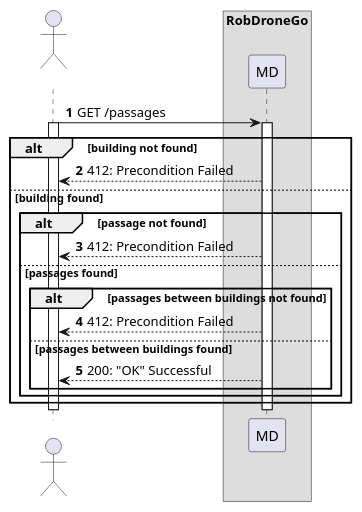
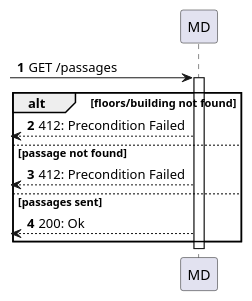
One commit to Departamento-de-Engenharia-Informatica/lapr5-23-24-g19 changed the diagram in docs/us260/level2/process-view.puml. Above: the diagram before and after it, drawn with PlantUML. The commit also changed other lines of this file and 7 other files, not shown here.

```diff
--- a/docs/us260/level2/process-view.puml
+++ b/docs/us260/level2/process-view.puml
@@ -1,31 +1,18 @@
 @startuml
 autonumber
 
-actor " " as actor
-box "RobDroneGo"
 participant "MD" as mdr
 
+[-> mdr : GET /passages
 
-actor -> mdr: GET /passages
-activate actor
-    activate mdr
-    alt building not found
-        mdr --> actor : 412: Precondition Failed
-    else building found
-        alt passage not found
-            actor <-- mdr : 412: Precondition Failed
-        else passages found
-            alt passages between buildings not found
-                actor <-- mdr : 412: Precondition Failed
-            else passages between buildings found
-
-                actor <-- mdr : 200: "OK" Successful
-            end
-        end
+activate mdr
+    alt floors/building not found
+        [<-- mdr : 412: Precondition Failed
+    else passage not found
+        [<-- mdr : 412: Precondition Failed
+    else passages sent
+        [<-- mdr : 200: Ok
     end
-
-    deactivate mdr
-deactivate actor
-
+deactivate mdr
 
 @enduml
```
